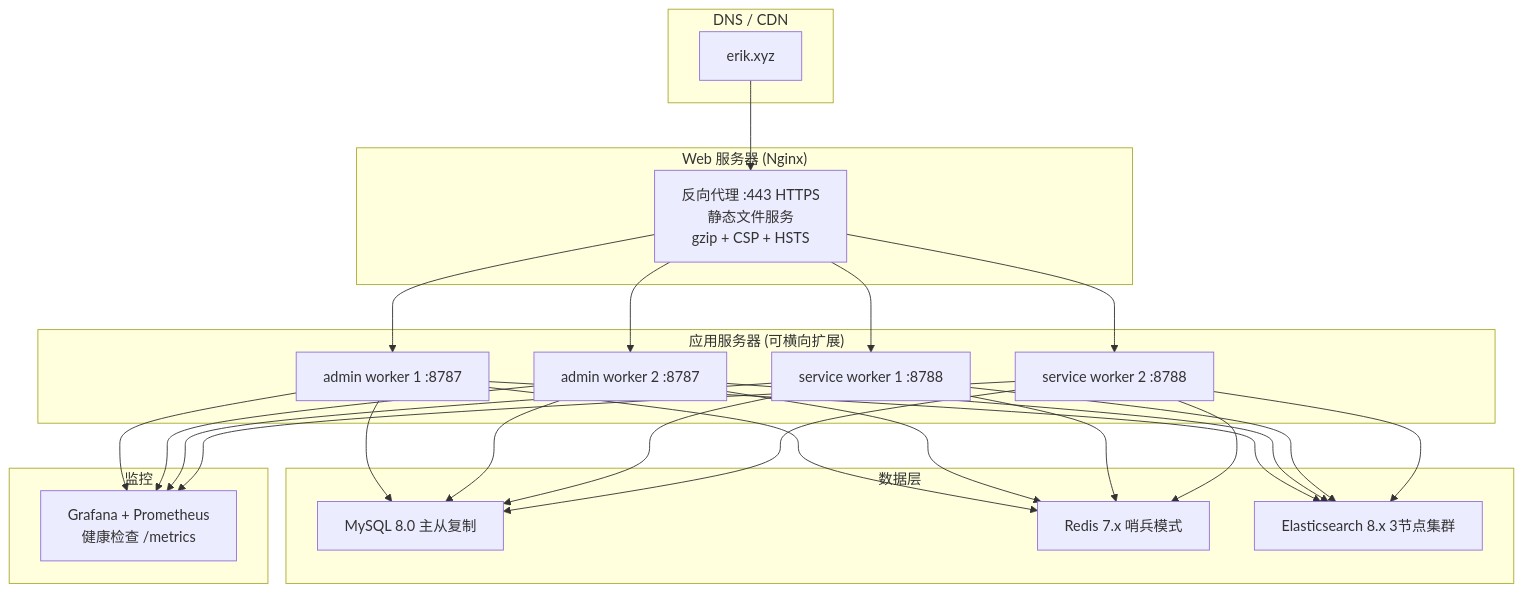
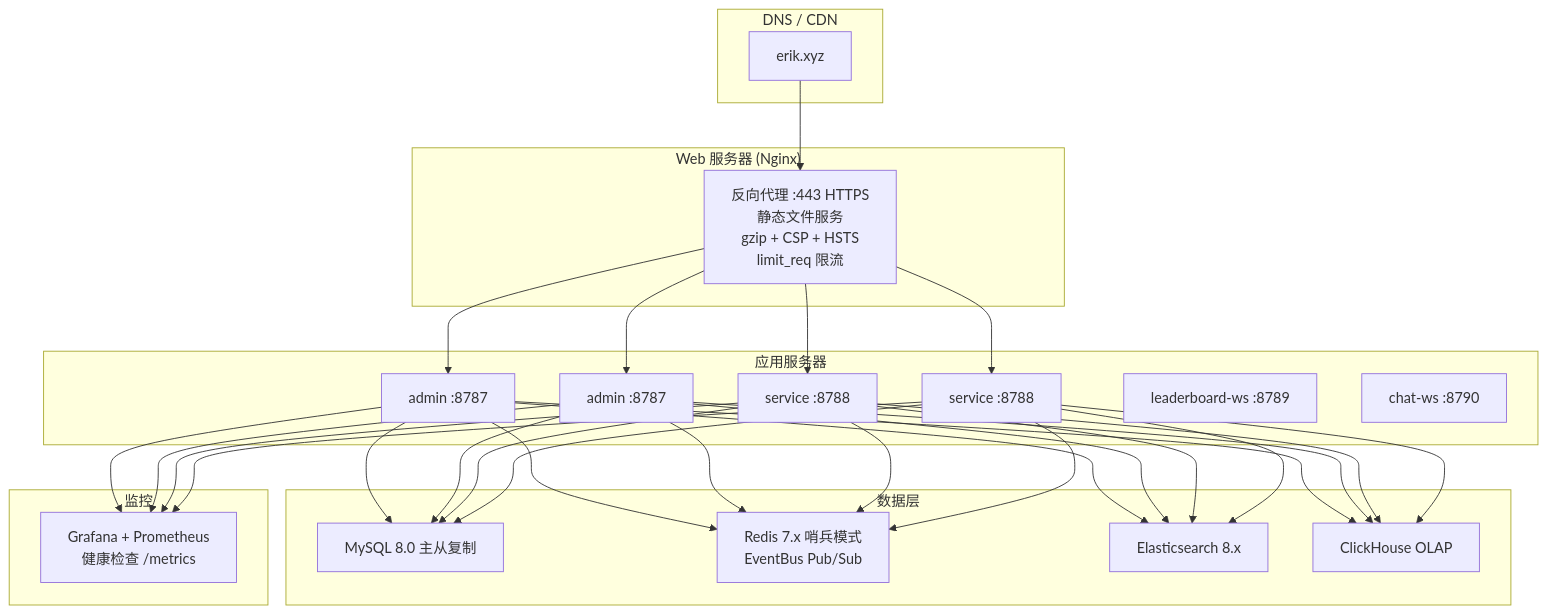
The second of 2 diagrams in docs/ARCHITECTURE.md (erikwang2013/game-platform-php), drawn with Mermaid before and after one commit. The commit also changed other lines of this file and 21 other files, not shown here.

````diff
--- a/docs/ARCHITECTURE.md
+++ b/docs/ARCHITECTURE.md
@@ -223,32 +307,35 @@
 ```mermaid
 flowchart TB
     subgraph "DNS / CDN"
         DNS["erik.xyz"]
     end
 
     subgraph "Web 服务器 (Nginx)"
-        NGX["反向代理 :443 HTTPS<br/>静态文件服务<br/>gzip + CSP + HSTS"]
+        NGX["反向代理 :443 HTTPS<br/>静态文件服务<br/>gzip + CSP + HSTS<br/>limit_req 限流"]
     end
 
-    subgraph "应用服务器 (可横向扩展)"
-        ADM1["admin worker 1 :8787"]
-        ADM2["admin worker 2 :8787"]
-        SVC1["service worker 1 :8788"]
-        SVC2["service worker 2 :8788"]
+    subgraph "应用服务器"
+        ADM1["admin :8787"]
+        ADM2["admin :8787"]
+        SVC1["service :8788"]
+        SVC2["service :8788"]
+        WS1["leaderboard-ws :8789"]
+        WS2["chat-ws :8790"]
     end
 
     subgraph "数据层"
         MYSQL["MySQL 8.0 主从复制"]
-        REDIS["Redis 7.x 哨兵模式"]
-        ES["Elasticsearch 8.x 3节点集群"]
+        REDIS["Redis 7.x 哨兵模式<br/>EventBus Pub/Sub"]
+        ES["Elasticsearch 8.x"]
+        CH["ClickHouse OLAP"]
     end
 
     subgraph "监控"
         MON["Grafana + Prometheus<br/>健康检查 /metrics"]
     end
 
     DNS --> NGX
     NGX --> ADM1 & ADM2 & SVC1 & SVC2
-    ADM1 & ADM2 & SVC1 & SVC2 --> MYSQL & REDIS & ES
+    ADM1 & ADM2 & SVC1 & SVC2 --> MYSQL & REDIS & ES & CH
     ADM1 & ADM2 & SVC1 & SVC2 --> MON
 ```
````
